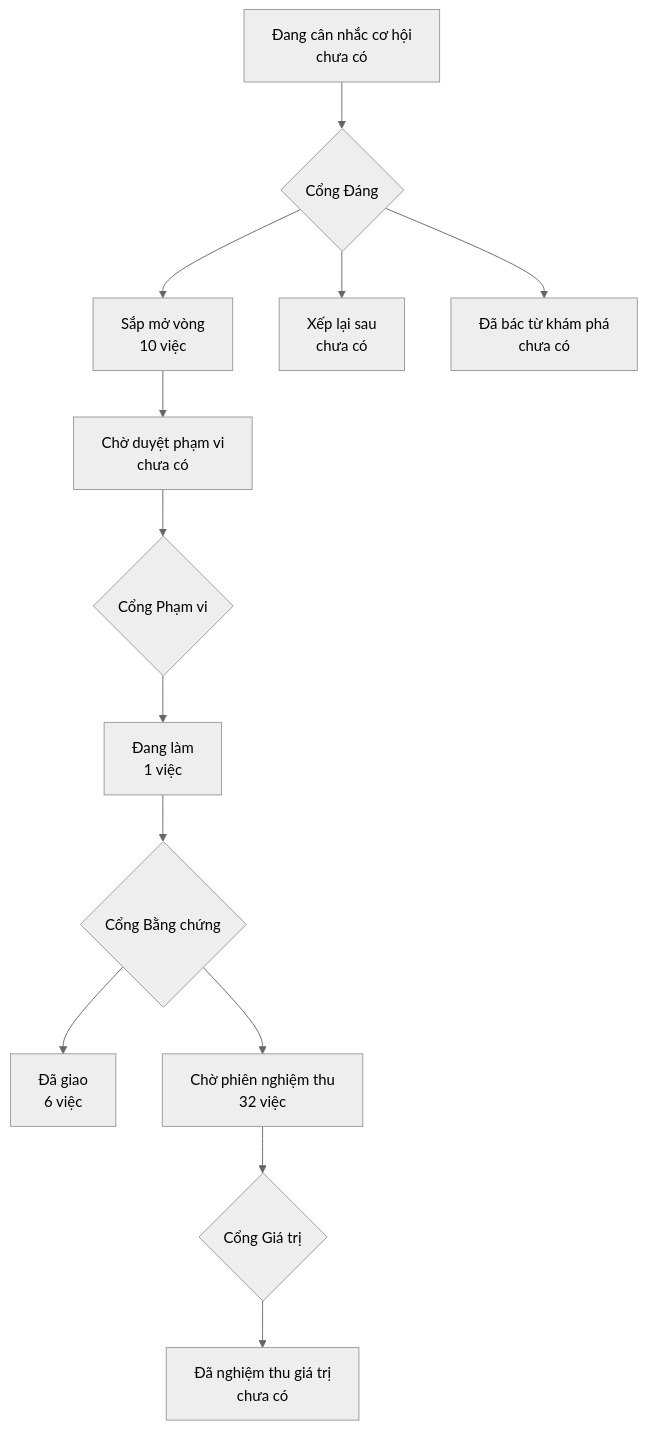
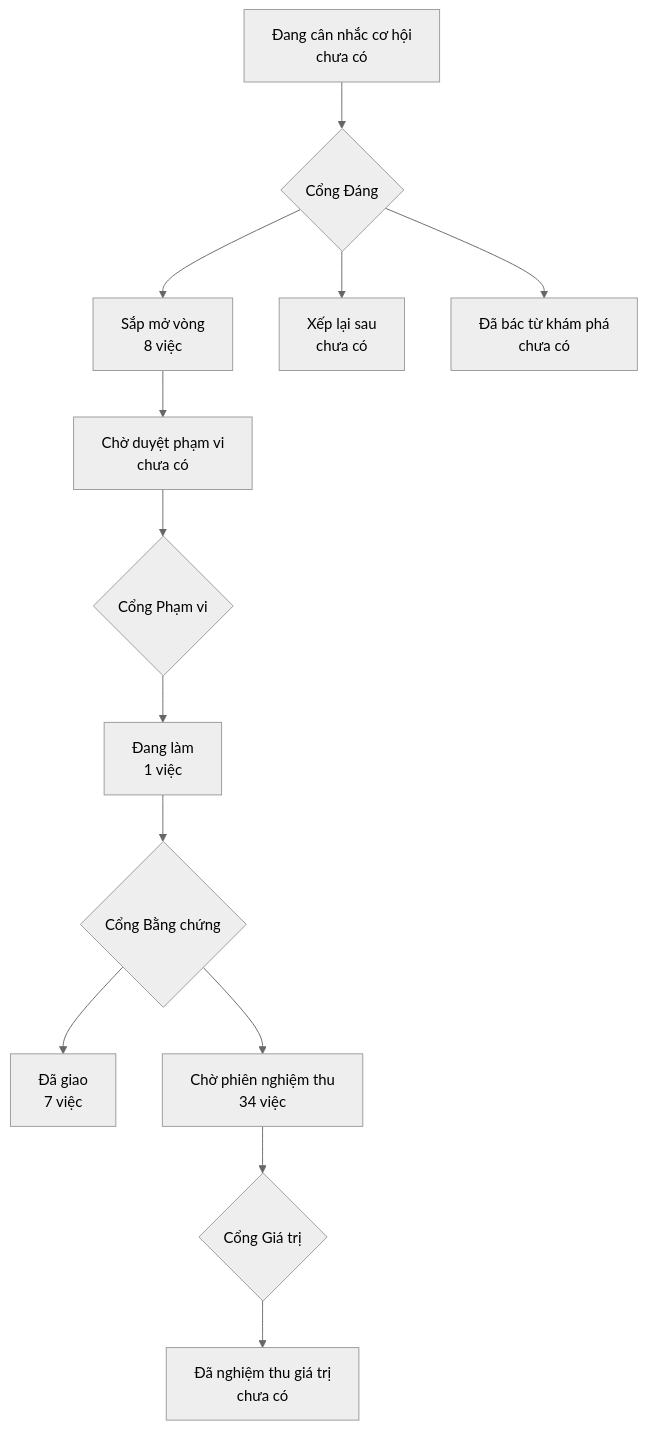
The diagram in PRODUCT-MAP.md (phanlemanh/onehub-quy-hang), drawn with Mermaid (neutral theme) before and after one commit. The commit also changed other lines of this file and 1 other file, not shown here.

Commit message:
chore: vẽ lại bản đồ sau gộp main

````diff
--- a/PRODUCT-MAP.md
+++ b/PRODUCT-MAP.md
@@ -7,12 +7,12 @@
 ```mermaid
 flowchart TD
   A["Đang cân nhắc cơ hội<br/>chưa có"] --> GD{"Cổng Đáng"}
-  GD --> B["Sắp mở vòng<br/>10 việc"]
+  GD --> B["Sắp mở vòng<br/>8 việc"]
   GD --> XL["Xếp lại sau<br/>chưa có"]
   GD --> DB["Đã bác từ khám phá<br/>chưa có"]
   B --> CD["Chờ duyệt phạm vi<br/>chưa có"] --> GP{"Cổng Phạm vi"}
   GP --> DL["Đang làm<br/>1 việc"] --> GB{"Cổng Bằng chứng"}
-  GB --> DG["Đã giao<br/>6 việc"]
-  GB --> CN["Chờ phiên nghiệm thu<br/>32 việc"] --> GG{"Cổng Giá trị"}
+  GB --> DG["Đã giao<br/>7 việc"]
+  GB --> CN["Chờ phiên nghiệm thu<br/>34 việc"] --> GG{"Cổng Giá trị"}
   GG --> NT["Đã nghiệm thu giá trị<br/>chưa có"]
 ```
````
